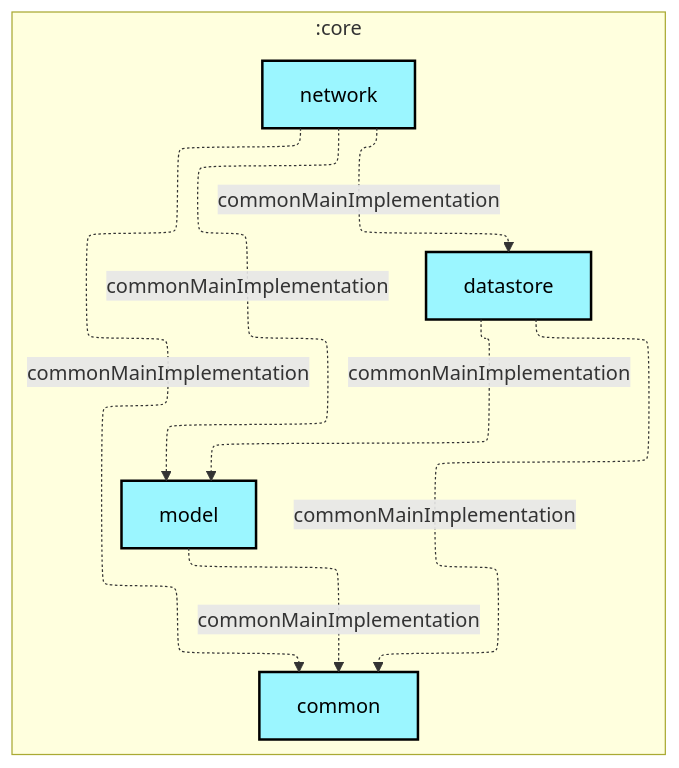
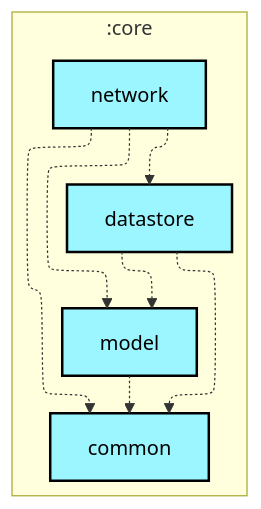
One commit to woods-marshes/chat-multiplatform changed the first of 2 diagrams in core/network/README.md. Above: the diagram before and after it, drawn with Mermaid. The commit also changed 11 other files, not shown here.

````diff
--- a/core/network/README.md
+++ b/core/network/README.md
@@ -6,28 +6,28 @@
 ```mermaid
 ---
 config:
   layout: elk
   elk:
     nodePlacementStrategy: SIMPLE
 ---
 graph TB
   subgraph :core
     direction TB
     :core:common[common]:::kotlin-multiplatform
     :core:datastore[datastore]:::kotlin-multiplatform
     :core:model[model]:::kotlin-multiplatform
     :core:network[network]:::kotlin-multiplatform
   end
 
-  :core:datastore -.->|commonMainImplementation| :core:common
-  :core:datastore -.->|commonMainImplementation| :core:model
-  :core:model -.->|commonMainImplementation| :core:common
-  :core:network -.->|commonMainImplementation| :core:common
-  :core:network -.->|commonMainImplementation| :core:datastore
-  :core:network -.->|commonMainImplementation| :core:model
+  :core:datastore -.-> :core:common
+  :core:datastore -.-> :core:model
+  :core:model -.-> :core:common
+  :core:network -.-> :core:common
+  :core:network -.-> :core:datastore
+  :core:network -.-> :core:model
 
 classDef android-application fill:#CAFFBF,stroke:#000,stroke-width:2px,color:#000;
 classDef compose-multiplatform fill:#FFD6A5,stroke:#000,stroke-width:2px,color:#000;
 classDef kotlin-multiplatform fill:#9BF6FF,stroke:#000,stroke-width:2px,color:#000;
 classDef unknown fill:#FFADAD,stroke:#000,stroke-width:2px,color:#000;
 ```
````
